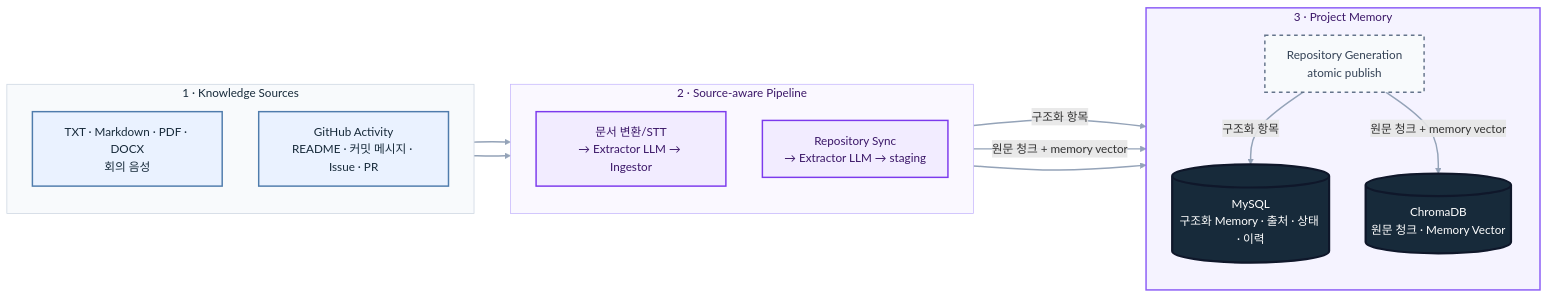
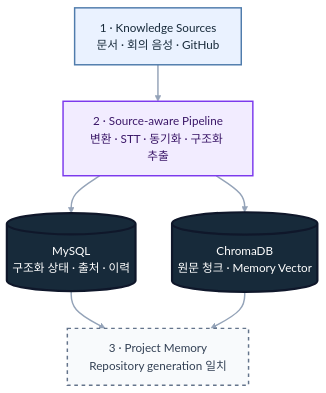
One commit to SKNETWORKS-FAMILY-AICAMP/SKN30-4th-1Team changed the second of 5 diagrams in README.md. Above: the diagram before and after it, drawn with Mermaid. The commit also changed other lines of this file, not shown here.

Commit message:
docs: simplify README diagrams for readability

````diff
--- a/README.md
+++ b/README.md
@@ -162,44 +130,25 @@
 ```mermaid
-flowchart LR
-    subgraph SOURCES["1 · Knowledge Sources"]
-        direction TB
-        DOCUMENTS["TXT · Markdown · PDF · DOCX<br/>회의 음성"]
-        GITHUB["GitHub Activity<br/>README · 커밋 메시지 · Issue · PR"]
-    end
+flowchart TB
+    SOURCES["1 · Knowledge Sources<br/>문서 · 회의 음성 · GitHub"]
+    PIPELINE["2 · Source-aware Pipeline<br/>변환 · STT · 동기화 · 구조화 추출"]
+    MYSQL[("MySQL<br/>구조화 상태 · 출처 · 이력")]
+    CHROMA[("ChromaDB<br/>원문 청크 · Memory Vector")]
+    SCOPE["3 · Project Memory<br/>Repository generation 일치"]
 
-    subgraph PIPELINES["2 · Source-aware Pipeline"]
-        direction TB
-        DOCUMENT_PIPE["문서 변환/STT<br/>→ Extractor LLM → Ingestor"]
-        REPOSITORY_PIPE["Repository Sync<br/>→ Extractor LLM → staging"]
-    end
-
-    subgraph MEMORY["3 · Project Memory"]
-        direction TB
-        GENERATION["Repository Generation<br/>atomic publish"]
-        MYSQL[("MySQL<br/>구조화 Memory · 출처 · 상태 · 이력")]
-        CHROMA[("ChromaDB<br/>원문 청크 · Memory Vector")]
-    end
-
-    DOCUMENTS --> DOCUMENT_PIPE
-    GITHUB --> REPOSITORY_PIPE
-    DOCUMENT_PIPE -->|"구조화 항목"| MYSQL
-    DOCUMENT_PIPE -->|"원문 청크 + memory vector"| CHROMA
-    REPOSITORY_PIPE --> GENERATION
-    GENERATION -->|"구조화 항목"| MYSQL
-    GENERATION -->|"원문 청크 + memory vector"| CHROMA
+    SOURCES --> PIPELINE
+    PIPELINE --> MYSQL
+    PIPELINE --> CHROMA
+    MYSQL --> SCOPE
+    CHROMA --> SCOPE
 
     classDef source fill:#EAF2FF,stroke:#4F7CAC,color:#172A3A,stroke-width:2px
     classDef process fill:#F2ECFF,stroke:#7C3AED,color:#3B1768,stroke-width:2px
     classDef datastore fill:#172A3A,stroke:#0F172A,color:#FFFFFF,stroke-width:3px
     classDef scope fill:#F8FAFC,stroke:#64748B,color:#334155,stroke-width:2px,stroke-dasharray:5 5
 
-    class DOCUMENTS,GITHUB source
-    class DOCUMENT_PIPE,REPOSITORY_PIPE process
+    class SOURCES source
+    class PIPELINE process
     class MYSQL,CHROMA datastore
-    class GENERATION scope
-
-    style SOURCES fill:#F8FAFC,stroke:#CBD5E1,color:#172A3A,stroke-width:1px
-    style PIPELINES fill:#FAF8FF,stroke:#C4B5FD,color:#3B1768,stroke-width:1px
-    style MEMORY fill:#F5F3FF,stroke:#8B5CF6,color:#3B1768,stroke-width:2px
+    class SCOPE scope
     linkStyle default stroke:#94A3B8,stroke-width:2px
 ```
````
